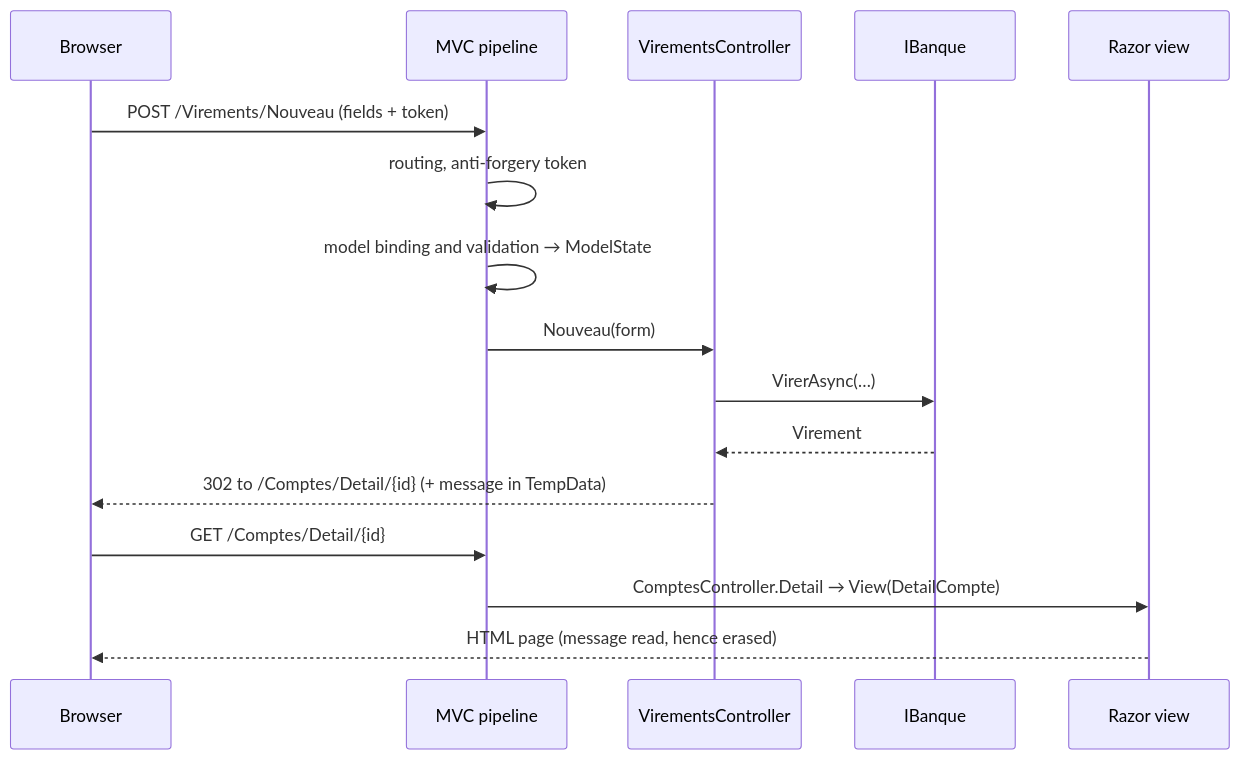
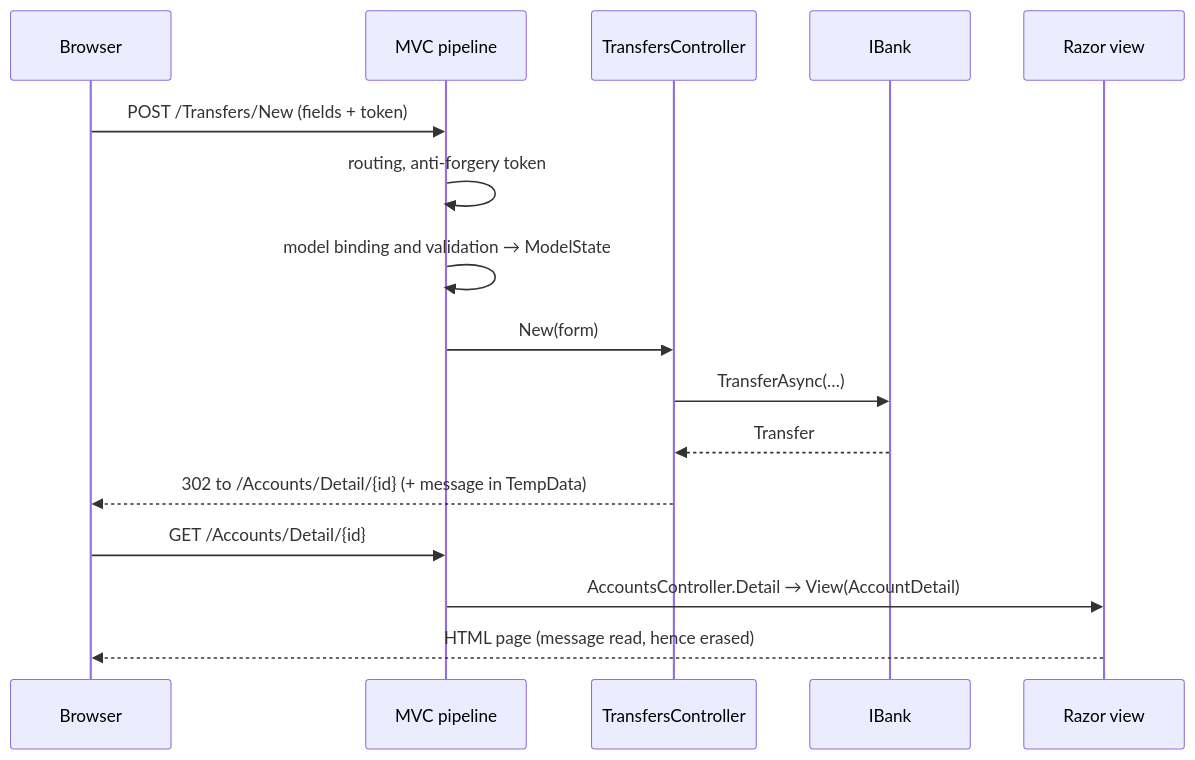
Before and after one commit to drangoht/ArchitecturesDemo: the second of 3 diagrams in Docs/en/24-mvc-mvvm.md, drawn with Mermaid. The commit also changed other lines of this file and 78 other files, not shown here.

First line of the commit message:
Docs EN : identifiants, liens, diagrammes et sorties alignés sur le code anglais

````diff
--- a/Docs/en/24-mvc-mvvm.md
+++ b/Docs/en/24-mvc-mvvm.md
@@ -93,18 +92,18 @@
 ```mermaid
 sequenceDiagram
     participant N as Browser
     participant P as MVC pipeline
-    participant C as VirementsController
-    participant B as IBanque
+    participant C as TransfersController
+    participant B as IBank
     participant V as Razor view
-    N->>P: POST /Virements/Nouveau (fields + token)
+    N->>P: POST /Transfers/New (fields + token)
     P->>P: routing, anti-forgery token
     P->>P: model binding and validation → ModelState
-    P->>C: Nouveau(form)
-    C->>B: VirerAsync(…)
-    B-->>C: Virement
-    C-->>N: 302 to /Comptes/Detail/{id} (+ message in TempData)
-    N->>P: GET /Comptes/Detail/{id}
-    P->>V: ComptesController.Detail → View(DetailCompte)
+    P->>C: New(form)
+    C->>B: TransferAsync(…)
+    B-->>C: Transfer
+    C-->>N: 302 to /Accounts/Detail/{id} (+ message in TempData)
+    N->>P: GET /Accounts/Detail/{id}
+    P->>V: AccountsController.Detail → View(AccountDetail)
     V-->>N: HTML page (message read, hence erased)
 ```
````
